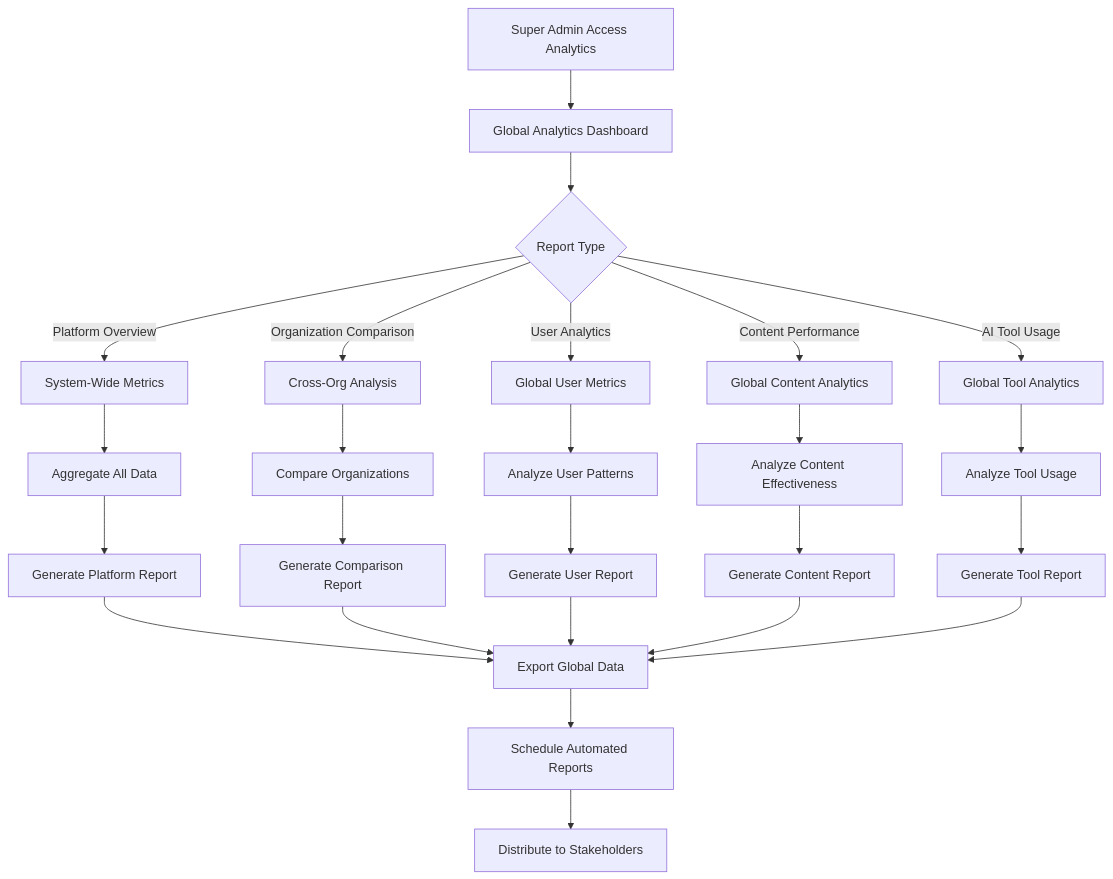
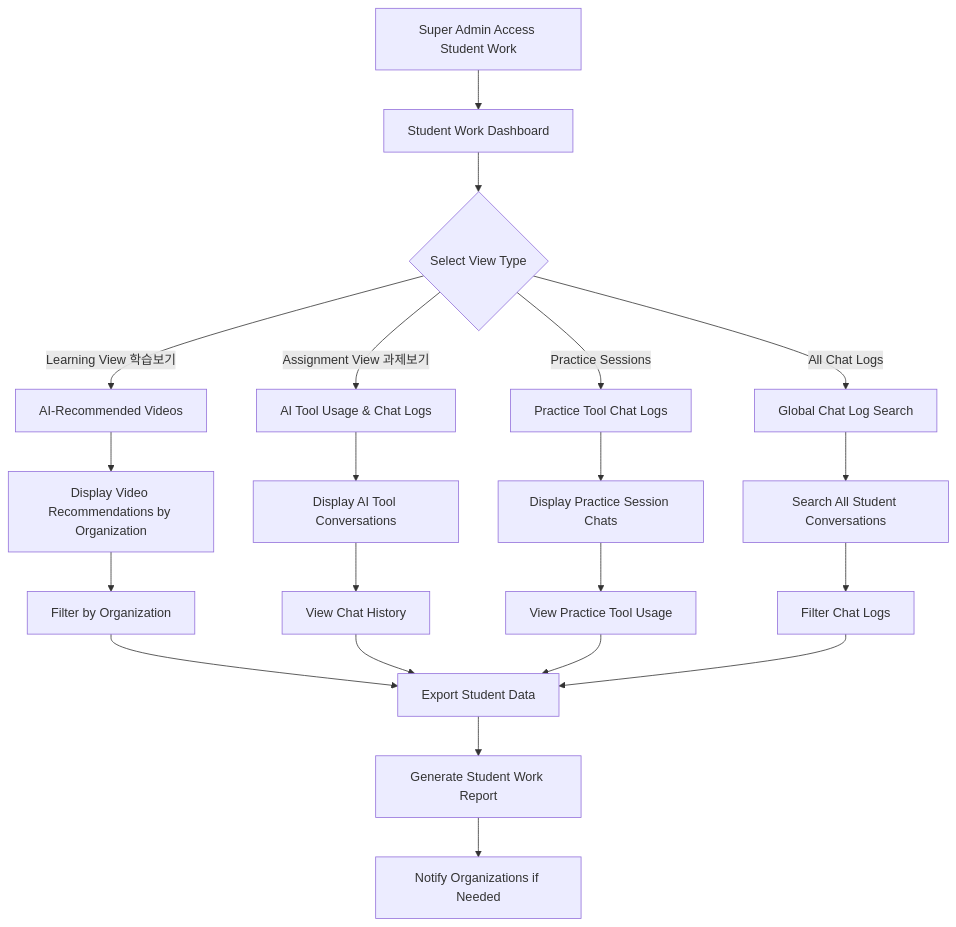
Before and after one commit to pzcuongnextchain/ai-smartlearn2-docs: the third of 23 diagrams in ai-smart-learning-renewal/super-admin/global-data-management/flows-and-diagrams.md, drawn with Mermaid. The commit also changed other lines of this file and 4 other files, not shown here.

````diff
--- a/ai-smart-learning-renewal/super-admin/global-data-management/flows-and-diagrams.md
+++ b/ai-smart-learning-renewal/super-admin/global-data-management/flows-and-diagrams.md
@@ -77,32 +77,28 @@
 ```mermaid
 flowchart TD
-    A[Super Admin Access Analytics] --> B[Global Analytics Dashboard]
-    B --> C{Report Type}
+    A[Super Admin Access Student Work] --> B[Student Work Dashboard]
+    B --> C{Select View Type}
     
-    C -->|Platform Overview| D[System-Wide Metrics]
-    C -->|Organization Comparison| E[Cross-Org Analysis]
-    C -->|User Analytics| F[Global User Metrics]
-    C -->|Content Performance| G[Global Content Analytics]
-    C -->|AI Tool Usage| H[Global Tool Analytics]
+    C -->|Learning View 학습보기| D[AI-Recommended Videos]
+    C -->|Assignment View 과제보기| E[AI Tool Usage & Chat Logs]
+    C -->|Practice Sessions| F[Practice Tool Chat Logs]
+    C -->|All Chat Logs| G[Global Chat Log Search]
     
-    D --> I[Aggregate All Data]
-    E --> J[Compare Organizations]
-    F --> K[Analyze User Patterns]
-    G --> L[Analyze Content Effectiveness]
-    H --> M[Analyze Tool Usage]
+    D --> H[Display Video Recommendations by Organization]
+    E --> I[Display AI Tool Conversations]
+    F --> J[Display Practice Session Chats]
+    G --> K[Search All Student Conversations]
     
-    I --> N[Generate Platform Report]
-    J --> O[Generate Comparison Report]
-    K --> P[Generate User Report]
-    L --> Q[Generate Content Report]
-    M --> R[Generate Tool Report]
+    H --> L[Filter by Organization]
+    I --> M[View Chat History]
+    J --> N[View Practice Tool Usage]
+    K --> O[Filter Chat Logs]
     
-    N --> S[Export Global Data]
-    O --> S
-    P --> S
-    Q --> S
-    R --> S
+    L --> P[Export Student Data]
+    M --> P
+    N --> P
+    O --> P
     
-    S --> T[Schedule Automated Reports]
-    T --> U[Distribute to Stakeholders]
+    P --> Q[Generate Student Work Report]
+    Q --> R[Notify Organizations if Needed]
 ```
````
